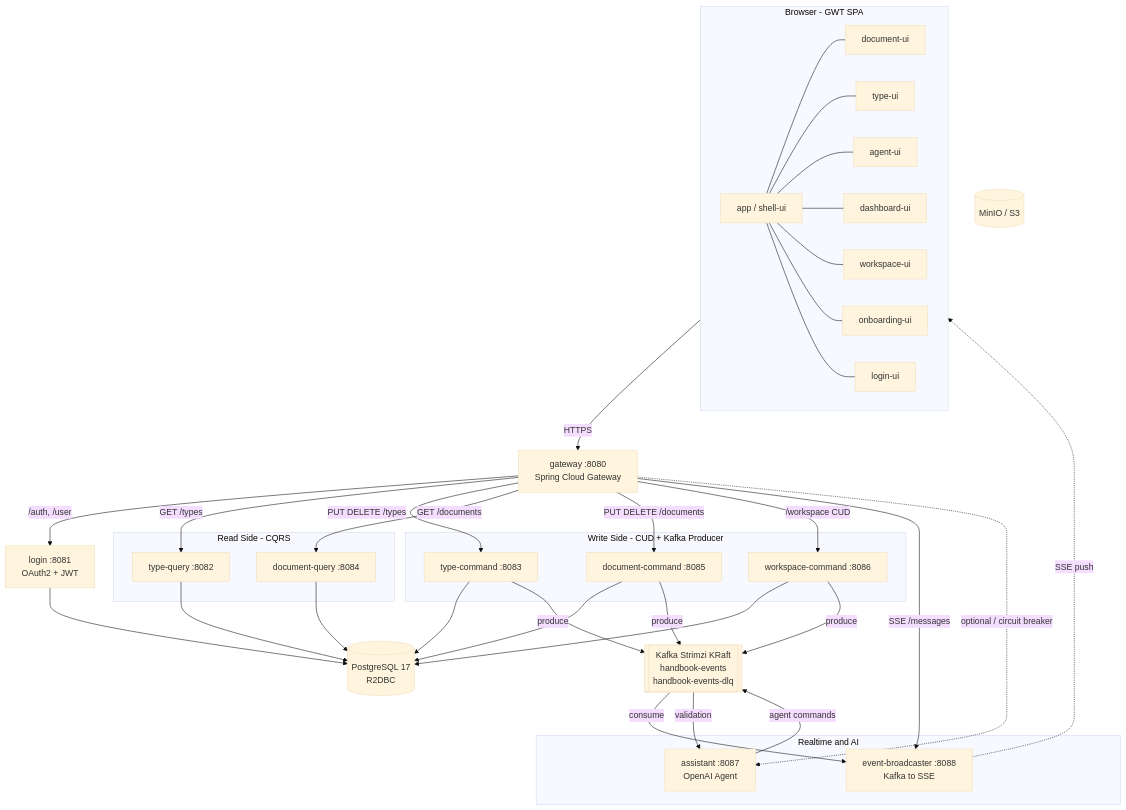
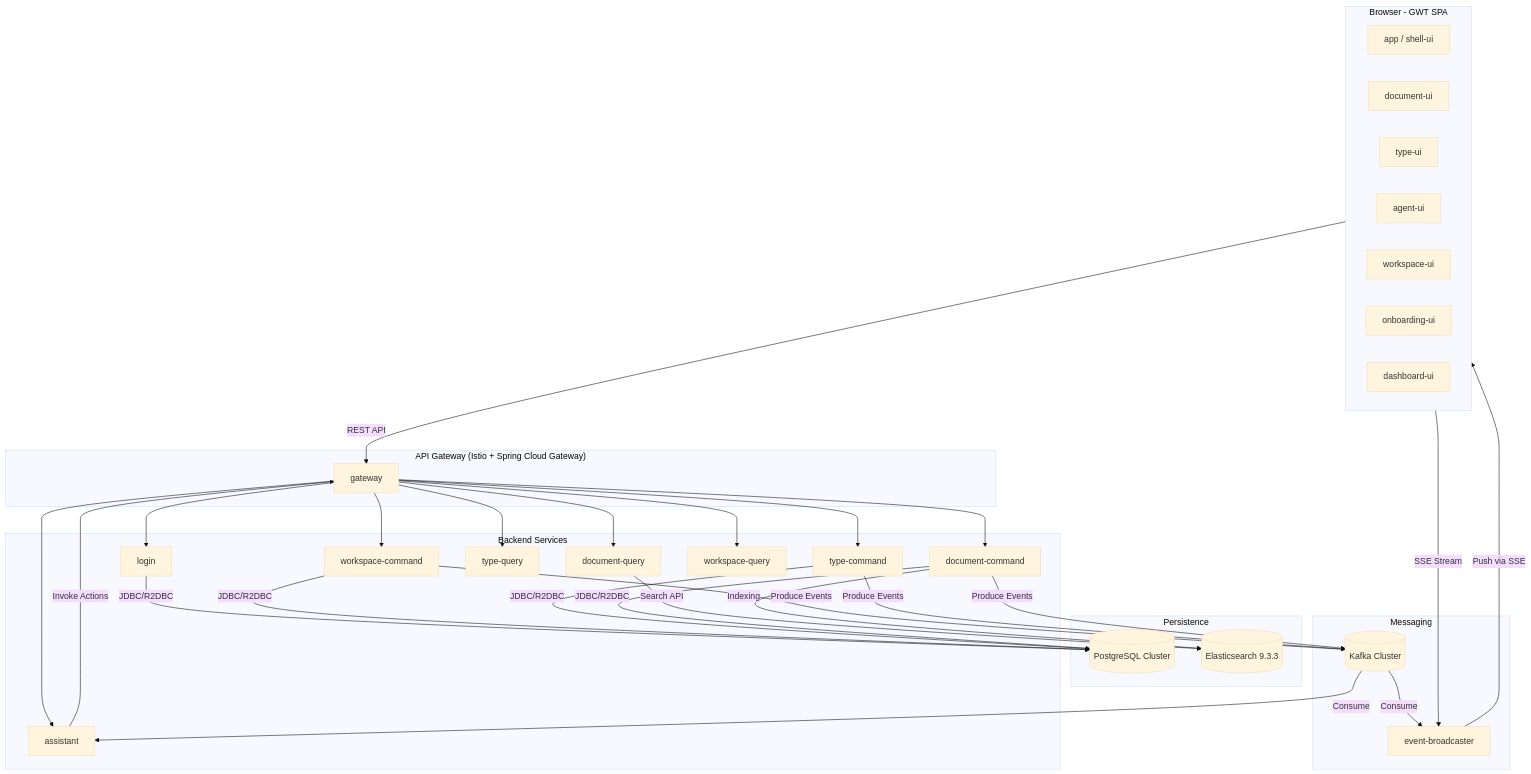
One commit to sayaya1090/handbook changed the first of 2 diagrams in docs/system-overview.md. Above: the diagram before and after it, drawn with Mermaid (base theme). The commit also changed other lines of this file and 58 other files, not shown here.

````diff
--- a/docs/system-overview.md
+++ b/docs/system-overview.md
@@ -7,72 +7,57 @@
 ```mermaid
 flowchart TB
     subgraph Client ["Browser - GWT SPA"]
         APP[app / shell-ui]
         DOC_UI[document-ui]
         TYPE_UI[type-ui]
         AGENT_UI[agent-ui]
-        DASH[dashboard-ui]
         WS_UI[workspace-ui]
-        ONBOARD_UI[onboarding-ui]
-        LOGIN_UI[login-ui]
-        APP --- DOC_UI
-        APP --- TYPE_UI
-        APP --- AGENT_UI
-        APP --- DASH
-        APP --- WS_UI
-        APP --- ONBOARD_UI
-        APP --- LOGIN_UI
+        ONB_UI[onboarding-ui]
+        DASH_UI[dashboard-ui]
     end
 
-    GW[gateway :8080<br/>Spring Cloud Gateway]
-
-    Client -->|HTTPS| GW
-
-    LOGIN[login :8081<br/>OAuth2 + JWT]
-
-    subgraph Write ["Write Side - CUD + Kafka Producer"]
-        P_TYPE[type-command :8083]
-        P_DOC[document-command :8085]
-        P_WS[workspace-command :8086]
+    subgraph "API Gateway (Istio + Spring Cloud Gateway)"
+        GW[gateway]
     end
 
-    subgraph Read ["Read Side - CQRS"]
-        S_TYPE[type-query :8082]
-        S_DOC[document-query :8084]
+    subgraph "Messaging"
+        Kafka[(Kafka Cluster)]
+        EB[event-broadcaster]
     end
 
-    subgraph Realtime ["Realtime and AI"]
-        EB[event-broadcaster :8088<br/>Kafka to SSE]
-        ASSIST[assistant :8087<br/>OpenAI Agent]
+    subgraph "Persistence"
+        PG[(PostgreSQL Cluster)]
+        ES[(Elasticsearch 9.3.3)]
     end
 
-    GW -->|/auth, /user| LOGIN
-    GW -->|GET /types| S_TYPE
-    GW -->|PUT DELETE /types| P_TYPE
-    GW -->|GET /documents| S_DOC
-    GW -->|PUT DELETE /documents| P_DOC
-    GW -->|/workspace CUD| P_WS
-    GW -->|SSE /messages| EB
-    GW -.->|optional / circuit breaker| ASSIST
+    subgraph "Backend Services"
+        Login[login]
+        WSC[workspace-command]
+        TPC[type-command]
+        DOC[document-command]
+        TPQ[type-query]
+        DOQ[document-query]
+        WSQ[workspace-query]
+        AS[assistant]
+    end
 
-    PG[(PostgreSQL 17<br/>R2DBC)]
-    KAFKA[[Kafka Strimzi KRaft<br/>handbook-events<br/>handbook-events-dlq]]
-    S3[(MinIO / S3)]
+    %% Client -> Gateway
+    Client -- "REST API" --> GW
+    Client -- "SSE Stream" --> EB
 
-    LOGIN --> PG
-    P_TYPE --> PG
-    P_DOC --> PG
-    P_WS --> PG
-    S_TYPE --> PG
-    S_DOC --> PG
+    %% Gateway -> Backends
+    GW --> Login & WSC & TPC & DOC & TPQ & DOQ & WSQ & AS
 
-    P_TYPE -->|produce| KAFKA
-    P_DOC -->|produce| KAFKA
-    P_WS -->|produce| KAFKA
-    ASSIST -->|agent commands| KAFKA
+    %% Backends -> DB/Cache
+    Login & WSC & TPC & DOC -- "JDBC/R2DBC" --> PG
+    DOQ -- "Search API" --> ES
+    DOC -- "Indexing" --> ES
 
-    KAFKA -->|consume| EB
-    KAFKA -->|validation| ASSIST
+    %% Event Flow
+    WSC & TPC & DOC -- "Produce Events" --> Kafka
+    Kafka -- "Consume" --> EB & AS
+    EB -- "Push via SSE" --> Client
 
-    EB -.->|SSE push| Client
+    %% Assistant -> API
+    AS -- "Invoke Actions" --> GW
 ```
````
